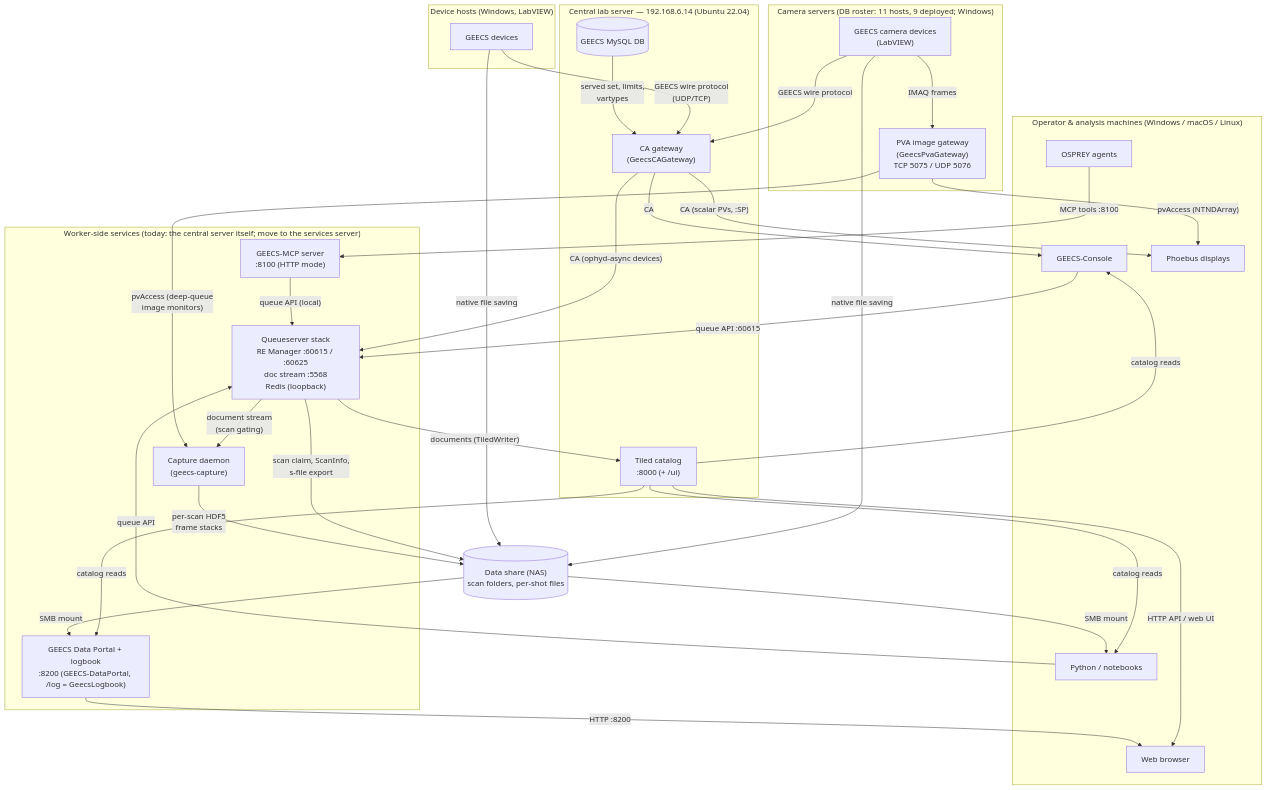
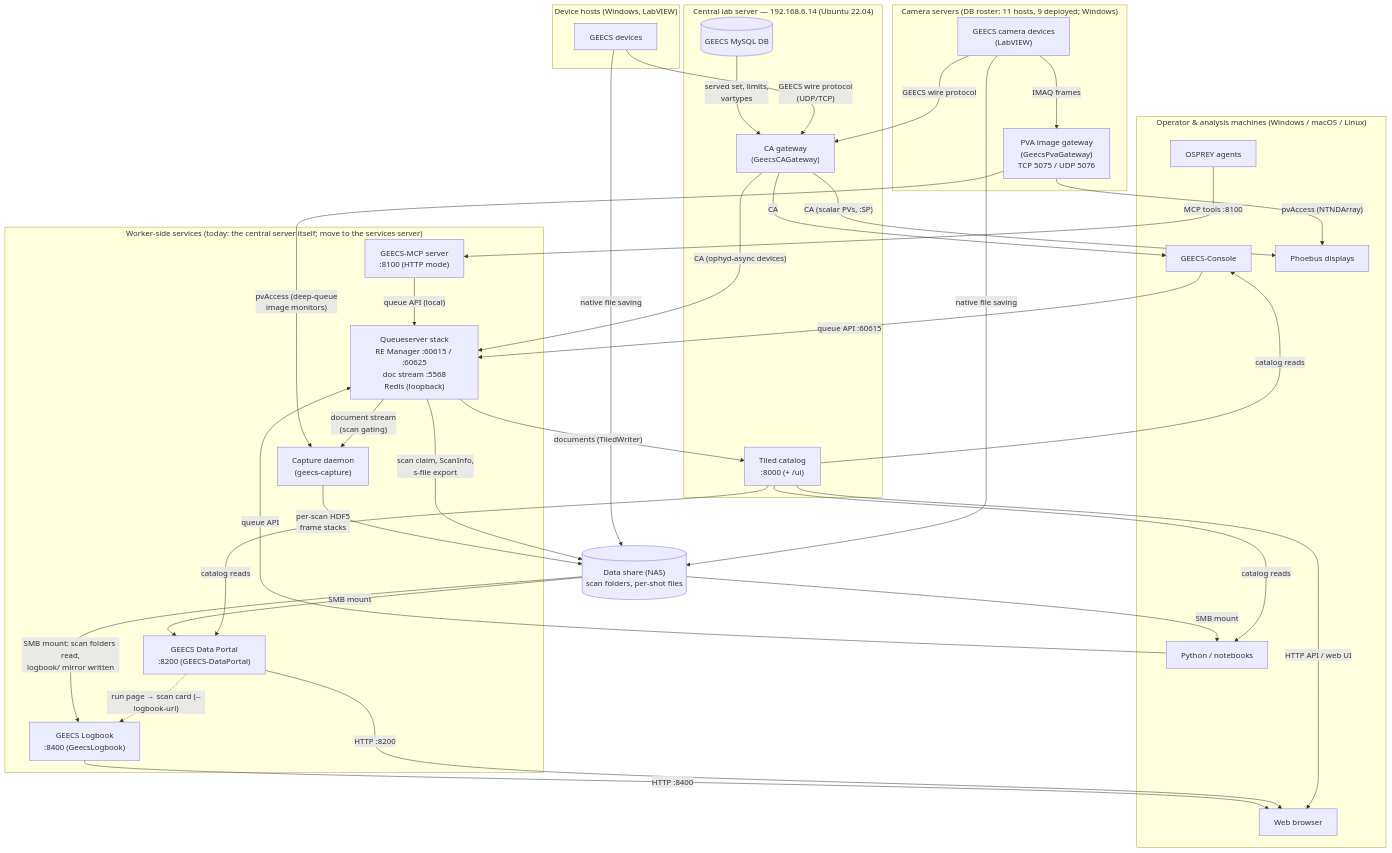
Before and after one commit to GEECS-BELLA/GEECS-Plugins: the diagram in docs/platform/fleet_map.md, drawn with Mermaid. The commit also changed other lines of this file and 41 other files, not shown here.

First line of the commit message:
GeecsLogbook 0.10.0 + GEECS-DataPortal 0.27.0: the logbook is its own service

````diff
--- a/docs/platform/fleet_map.md
+++ b/docs/platform/fleet_map.md
@@ -45,65 +48,69 @@
 ```mermaid
 flowchart TB
     subgraph clients["Operator & analysis machines (Windows / macOS / Linux)"]
         console["GEECS-Console"]
         phoebus["Phoebus displays"]
         nb["Python / notebooks"]
         osprey["OSPREY agents"]
         browser["Web browser"]
     end
 
     subgraph central["Central lab server — 192.168.6.14 (Ubuntu 22.04)"]
         cagw["CA gateway<br/>(GeecsCAGateway)"]
         tiled["Tiled catalog<br/>:8000 (+ /ui)"]
         db[("GEECS MySQL DB")]
     end
 
     subgraph worker["Worker-side services (today: the central server itself; move to the services server)"]
         qs["Queueserver stack<br/>RE Manager :60615 / :60625<br/>doc stream :5568<br/>Redis (loopback)"]
         mcp["GEECS-MCP server<br/>:8100 (HTTP mode)"]
         capture["Capture daemon<br/>(geecs-capture)"]
-        portal["GEECS Data Portal + logbook<br/>:8200 (GEECS-DataPortal, /log = GeecsLogbook)"]
+        portal["GEECS Data Portal<br/>:8200 (GEECS-DataPortal)"]
+        logbook["GEECS Logbook<br/>:8400 (GeecsLogbook)"]
     end
 
     subgraph camsrv["Camera servers (DB roster: 11 hosts, 9 deployed; Windows)"]
         cams["GEECS camera devices<br/>(LabVIEW)"]
         pvagw["PVA image gateway<br/>(GeecsPvaGateway)<br/>TCP 5075 / UDP 5076"]
     end
 
     subgraph devhosts["Device hosts (Windows, LabVIEW)"]
         devs["GEECS devices"]
     end
 
     nas[("Data share (NAS)<br/>scan folders, per-shot files")]
 
     devs -- "GEECS wire protocol<br/>(UDP/TCP)" --> cagw
     cams -- "GEECS wire protocol" --> cagw
     cams -- "IMAQ frames" --> pvagw
     db -- "served set, limits,<br/>vartypes" --> cagw
 
     cagw -- "CA (scalar PVs, :SP)" --> phoebus
     cagw -- "CA" --> console
     cagw -- "CA (ophyd-async devices)" --> qs
     pvagw -- "pvAccess (NTNDArray)" --> phoebus
 
     console -- "queue API :60615" --> qs
     nb -- "queue API" --> qs
     osprey -- "MCP tools :8100" --> mcp
     mcp -- "queue API (local)" --> qs
 
     qs -- "documents (TiledWriter)" --> tiled
     qs -- "scan claim, ScanInfo,<br/>s-file export" --> nas
     qs -- "document stream<br/>(scan gating)" --> capture
     pvagw -- "pvAccess (deep-queue<br/>image monitors)" --> capture
     capture -- "per-scan HDF5<br/>frame stacks" --> nas
     cams -- "native file saving" --> nas
     devs -- "native file saving" --> nas
 
     tiled -- "HTTP API / web UI" --> browser
     tiled -- "catalog reads" --> console
     tiled -- "catalog reads" --> nb
     tiled -- "catalog reads" --> portal
     nas -- "SMB mount" --> portal
     portal -- "HTTP :8200" --> browser
+    portal -. "run page → scan card (--logbook-url)" .-> logbook
+    nas -- "SMB mount: scan folders read,<br/>logbook/ mirror written" --> logbook
+    logbook -- "HTTP :8400" --> browser
     nas -- "SMB mount" --> nb
 ```
````
